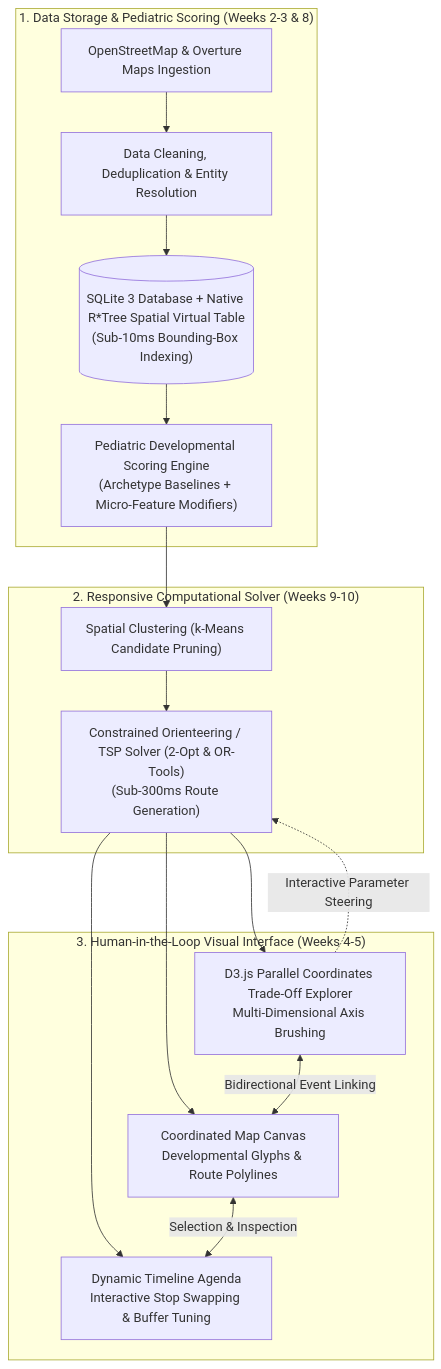
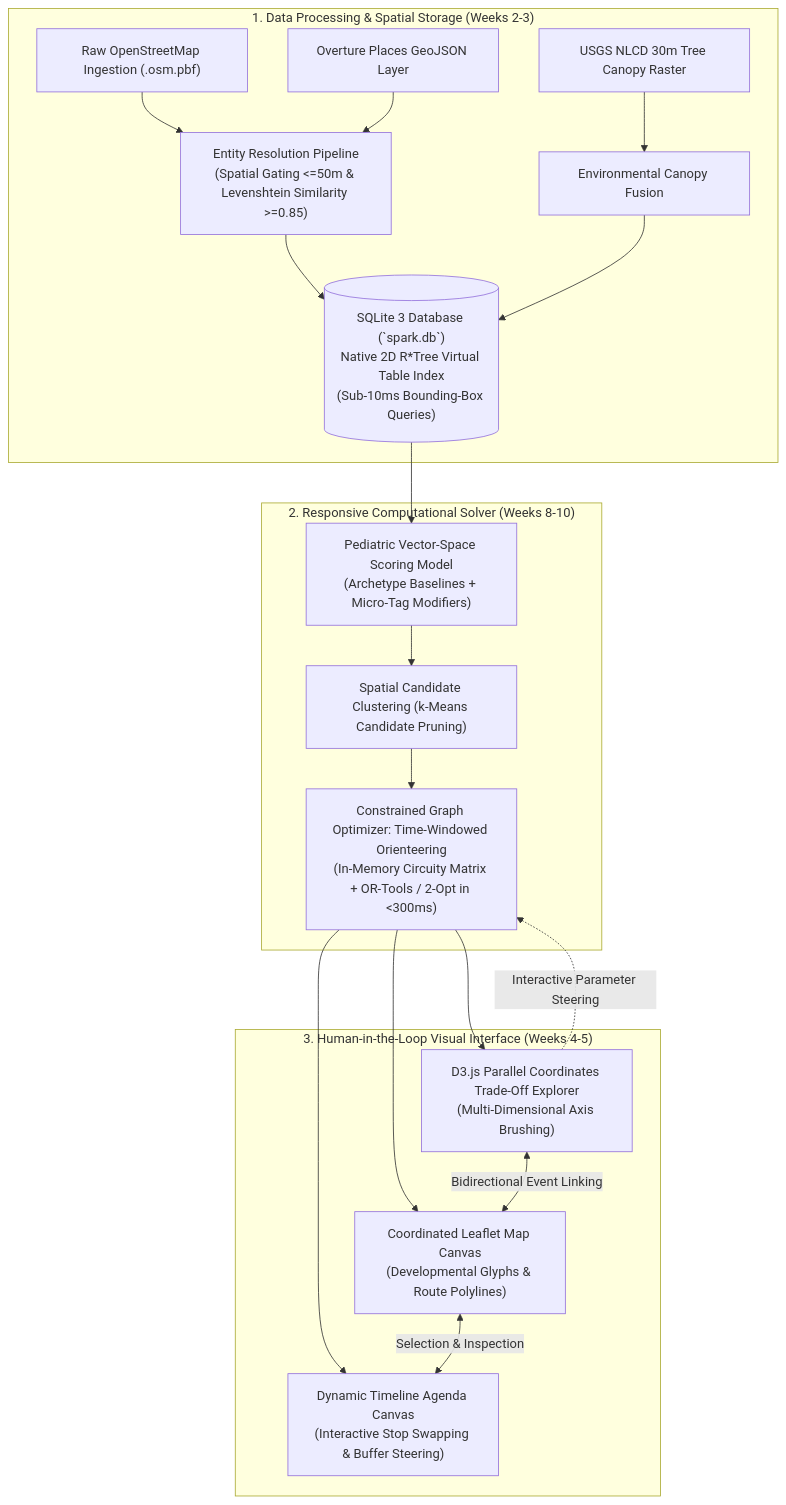
Before and after one commit to manoj-android/cse-6242-project: the second of 3 diagrams in projectwork/docs/progress_report.md, drawn with Mermaid. The commit also changed other lines of this file, not shown here.

Commit message:
Refactor progress report to synthesize human-in-the-loop visual analytics with data engineering and UI screenshot

````diff
--- a/projectwork/docs/progress_report.md
+++ b/projectwork/docs/progress_report.md
@@ -62,23 +62,24 @@
 ```mermaid
 flowchart TD
-    subgraph Data["1. Data Storage & Pediatric Scoring (Weeks 2-3 & 8)"]
-        RAW["OpenStreetMap & Overture Maps Ingestion"] --> CLEAN["Data Cleaning, Deduplication & Entity Resolution"]
-        CLEAN --> SQL[("SQLite 3 Database + Native R*Tree Spatial Virtual Table<br>(Sub-10ms Bounding-Box Indexing)")]
-        SQL --> SCORE["Pediatric Developmental Scoring Engine<br>(Archetype Baselines + Micro-Feature Modifiers)"]
+    subgraph DataPipeline["1. Data Processing & Spatial Storage (Weeks 2-3)"]
+        OSM["Raw OpenStreetMap Ingestion (.osm.pbf)"] & OVERTURE["Overture Places GeoJSON Layer"] --> RESOLVE["Entity Resolution Pipeline<br>(Spatial Gating <=50m & Levenshtein Similarity >=0.85)"]
+        NLCD["USGS NLCD 30m Tree Canopy Raster"] --> FUSION["Environmental Canopy Fusion"]
+        RESOLVE & FUSION --> SQL[("SQLite 3 Database (`spark.db`)<br>Native 2D R*Tree Virtual Table Index<br>(Sub-10ms Bounding-Box Queries)")]
     end
 
-    subgraph Backend["2. Responsive Computational Solver (Weeks 9-10)"]
-        SCORE --> CLUST["Spatial Clustering (k-Means Candidate Pruning)"]
-        CLUST --> SOLVER["Constrained Orienteering / TSP Solver (2-Opt & OR-Tools)<br>(Sub-300ms Route Generation)"]
+    subgraph ComputationEngine["2. Responsive Computational Solver (Weeks 8-10)"]
+        SQL --> SCORE["Pediatric Vector-Space Scoring Model<br>(Archetype Baselines + Micro-Tag Modifiers)"]
+        SCORE --> CLUST["Spatial Candidate Clustering (k-Means Candidate Pruning)"]
+        CLUST --> SOLVER["Constrained Graph Optimizer: Time-Windowed Orienteering<br>(In-Memory Circuity Matrix + OR-Tools / 2-Opt in <300ms)"]
     end
 
-    subgraph VisualAnalytics["3. Human-in-the-Loop Visual Interface (Weeks 4-5)"]
-        SOLVER --> MAP["Coordinated Map Canvas<br>Developmental Glyphs & Route Polylines"]
-        SOLVER --> D3["D3.js Parallel Coordinates Trade-Off Explorer<br>Multi-Dimensional Axis Brushing"]
-        SOLVER --> AGENDA["Dynamic Timeline Agenda<br>Interactive Stop Swapping & Buffer Tuning"]
-        
+    subgraph VisualInterface["3. Human-in-the-Loop Visual Interface (Weeks 4-5)"]
+        SOLVER --> MAP["Coordinated Leaflet Map Canvas<br>(Developmental Glyphs & Route Polylines)"]
+        SOLVER --> D3["D3.js Parallel Coordinates Trade-Off Explorer<br>(Multi-Dimensional Axis Brushing)"]
+        SOLVER --> AGENDA["Dynamic Timeline Agenda Canvas<br>(Interactive Stop Swapping & Buffer Steering)"]
+
         D3 <-->|Bidirectional Event Linking| MAP
         MAP <-->|Selection & Inspection| AGENDA
         D3 -.->|Interactive Parameter Steering| SOLVER
     end
 ```
````
